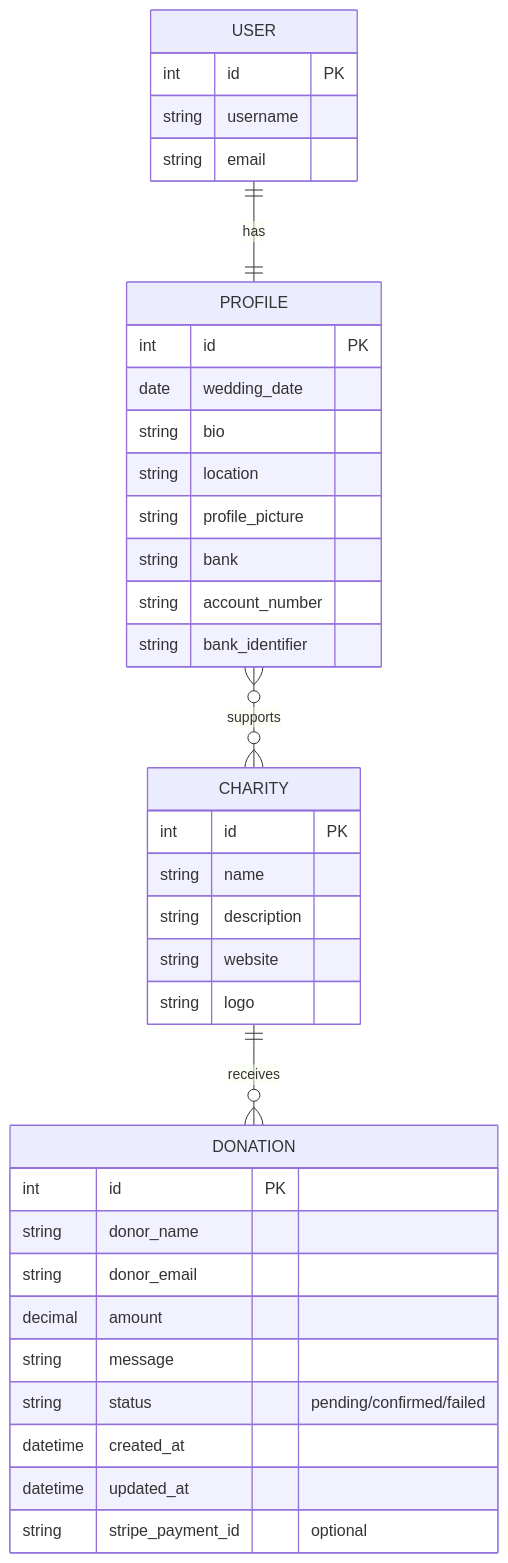
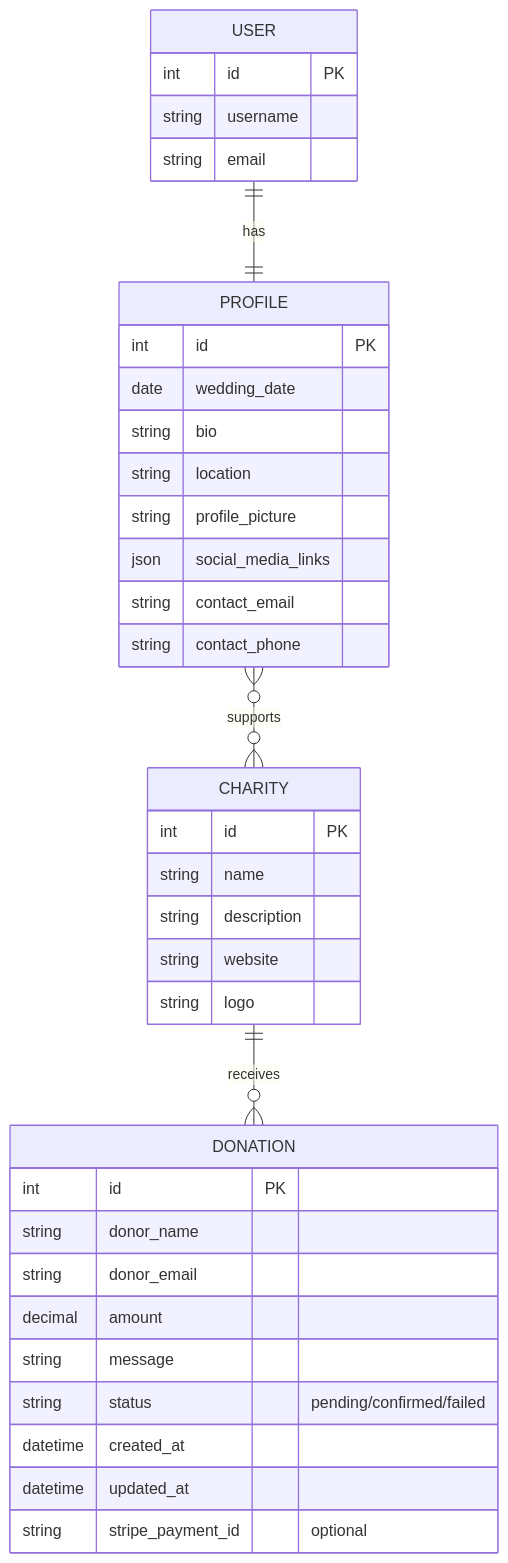
The first of 3 diagrams in README.md (alanmaizon/love), drawn with Mermaid before and after one commit. The commit also changed other lines of this file, not shown here.

````diff
--- a/README.md
+++ b/README.md
@@ -124,40 +112,40 @@
 ```mermaid
 erDiagram
     USER {
       int id PK
       string username
       string email
     }
     PROFILE {
       int id PK
       date wedding_date
       string bio
       string location
       string profile_picture
-      string bank
-      string account_number
-      string bank_identifier
+      json social_media_links
+      string contact_email
+      string contact_phone
     }
     CHARITY {
       int id PK
       string name
       string description
       string website
       string logo
     }
     DONATION {
       int id PK
       string donor_name
       string donor_email
       decimal amount
       string message
       string status "pending/confirmed/failed"
       datetime created_at
       datetime updated_at
       string stripe_payment_id "optional"
     }
     
     USER ||--|| PROFILE : "has"
     PROFILE }o--o{ CHARITY : "supports"
     CHARITY ||--o{ DONATION : "receives"
 ```
````
